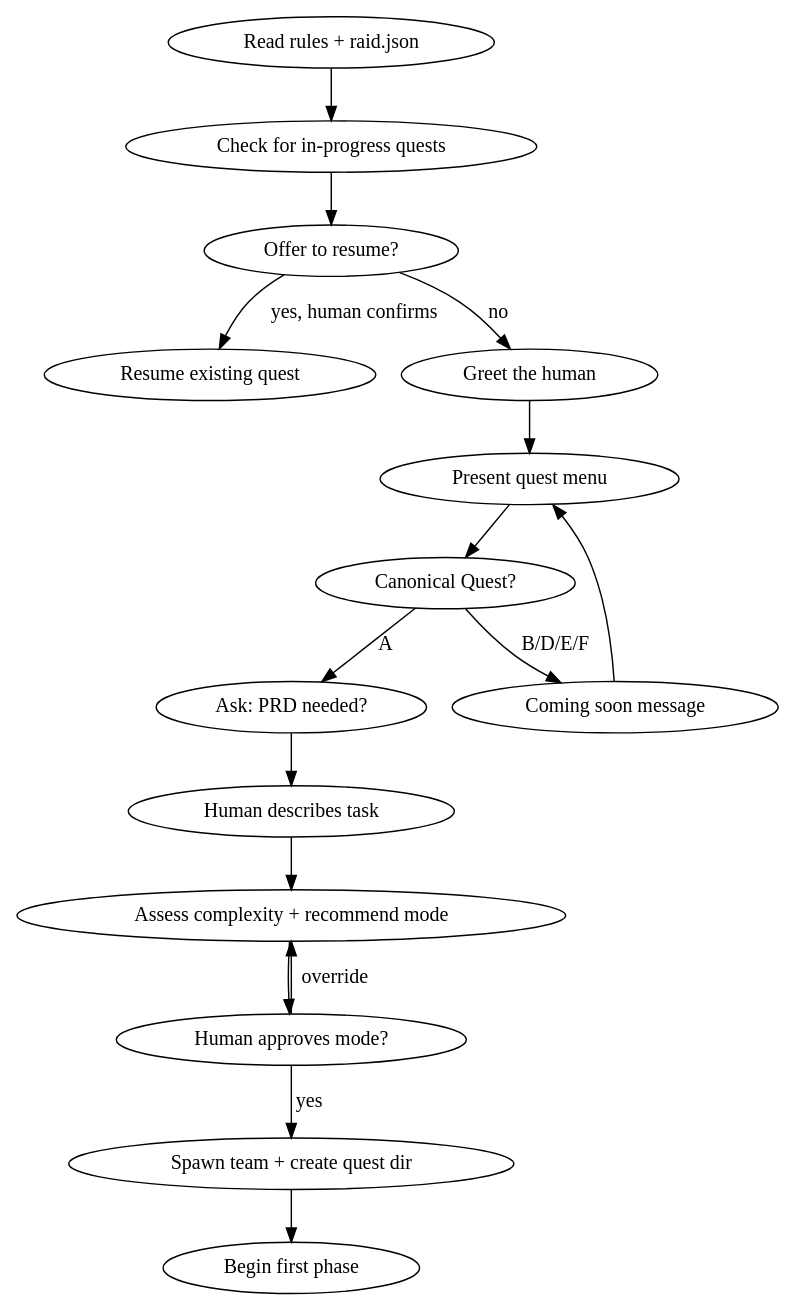
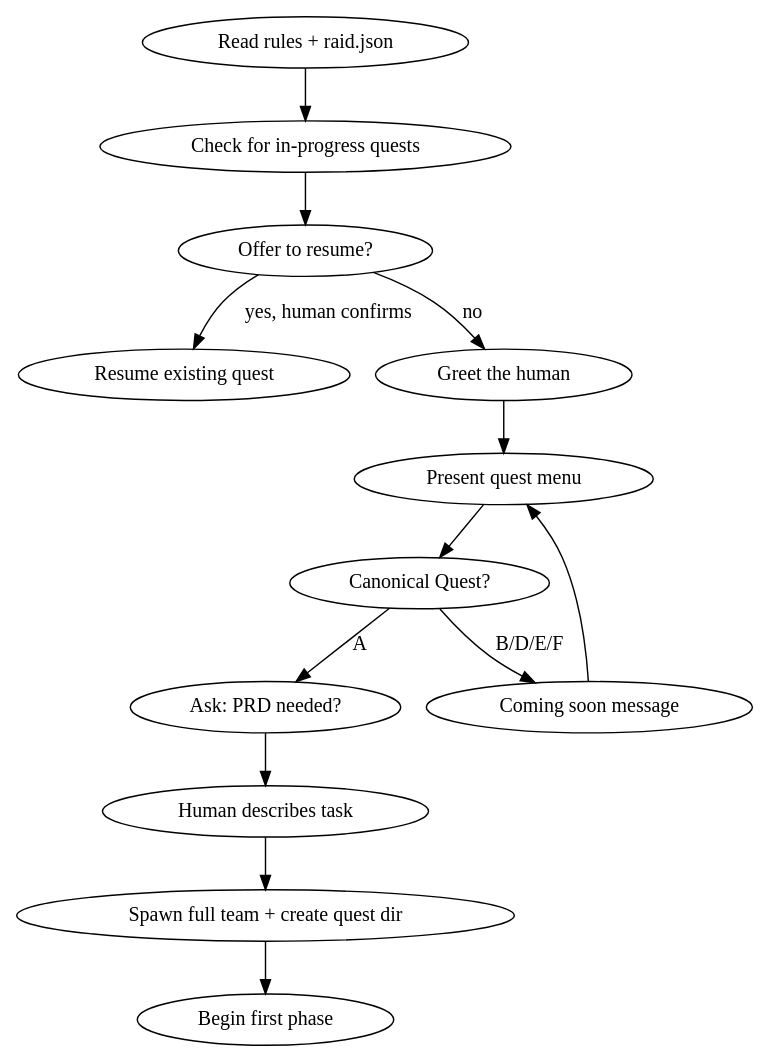
The diagram in template/.claude/skills/raid-init/SKILL.md (pedropicardi/claude-raid), drawn with Graphviz before and after one commit. The commit also changed other lines of this file and 22 other files, not shown here.

````diff
--- a/template/.claude/skills/raid-init/SKILL.md
+++ b/template/.claude/skills/raid-init/SKILL.md
@@ -16,19 +16,16 @@
 ```dot
 digraph init {
   "Read rules + raid.json" -> "Check for in-progress quests";
   "Check for in-progress quests" -> "Offer to resume?" [shape=diamond];
   "Offer to resume?" -> "Resume existing quest" [label="yes, human confirms"];
   "Offer to resume?" -> "Greet the human" [label="no"];
   "Greet the human" -> "Present quest menu";
   "Present quest menu" -> "Canonical Quest?" [shape=diamond];
   "Canonical Quest?" -> "Ask: PRD needed?" [label="A"];
   "Canonical Quest?" -> "Coming soon message" [label="B/D/E/F"];
   "Coming soon message" -> "Present quest menu";
   "Ask: PRD needed?" -> "Human describes task";
-  "Human describes task" -> "Assess complexity + recommend mode";
-  "Assess complexity + recommend mode" -> "Human approves mode?";
-  "Human approves mode?" -> "Spawn team + create quest dir" [label="yes"];
-  "Human approves mode?" -> "Assess complexity + recommend mode" [label="override"];
-  "Spawn team + create quest dir" -> "Begin first phase" [shape=doublecircle];
+  "Human describes task" -> "Spawn full team + create quest dir";
+  "Spawn full team + create quest dir" -> "Begin first phase" [shape=doublecircle];
 }
 ```
````
